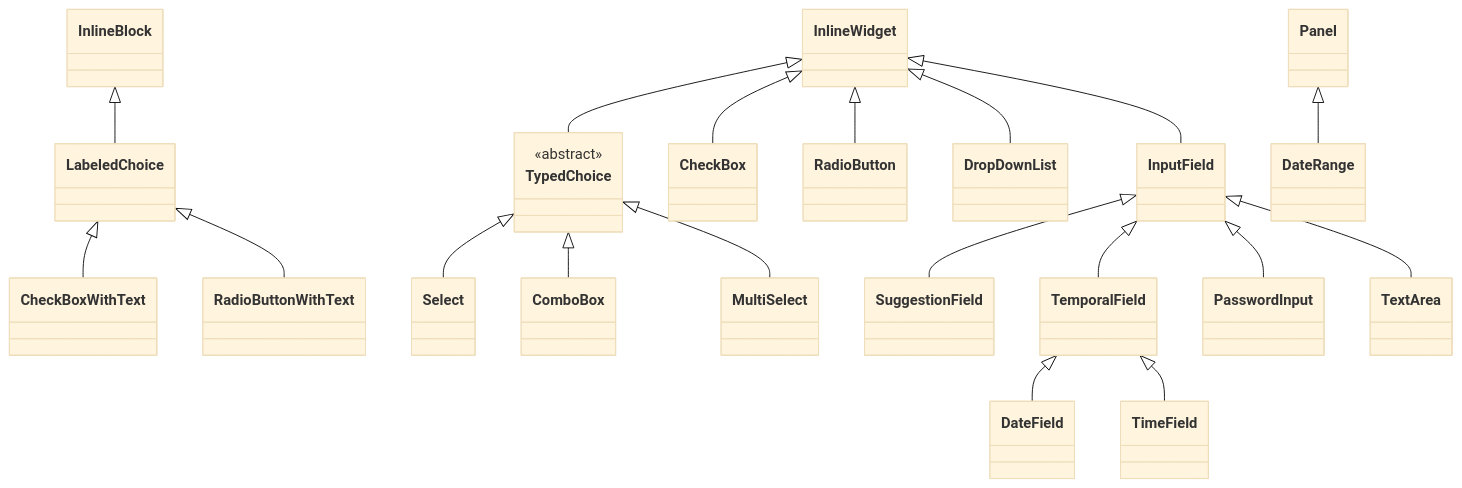
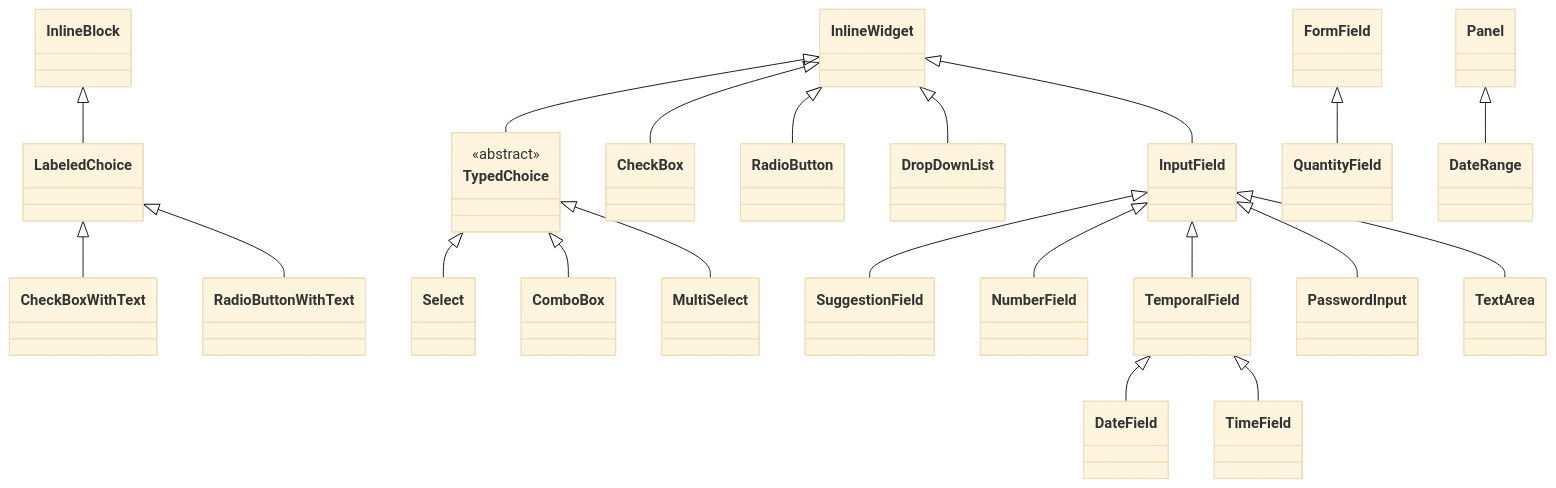
Before and after one commit to kniazkov/widgets: the fourth of 6 diagrams in docs/WIDGETS.md, drawn with Mermaid (base theme). The commit also changed other lines of this file and 16 other files, not shown here.

Commit message:
feat: add exact NumberField and QuantityField (R27)

````diff
--- a/docs/WIDGETS.md
+++ b/docs/WIDGETS.md
@@ -76,25 +76,27 @@
 ```mermaid
 classDiagram
     direction TB
     InlineWidget <|-- InputField
     InlineBlock <|-- LabeledChoice
     LabeledChoice <|-- CheckBoxWithText
     LabeledChoice <|-- RadioButtonWithText
     InlineWidget <|-- CheckBox
     InlineWidget <|-- RadioButton
     InlineWidget <|-- DropDownList
     class TypedChoice {
         <<abstract>>
     }
     InlineWidget <|-- TypedChoice
     TypedChoice <|-- Select
     TypedChoice <|-- ComboBox
     TypedChoice <|-- MultiSelect
     InputField <|-- SuggestionField
+    InputField <|-- NumberField
+    FormField <|-- QuantityField
     InputField <|-- TemporalField
     TemporalField <|-- DateField
     TemporalField <|-- TimeField
     Panel <|-- DateRange
     InputField <|-- PasswordInput
     InputField <|-- TextArea
 ```
````
